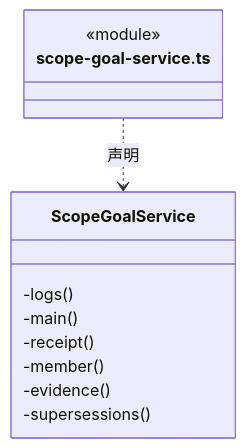
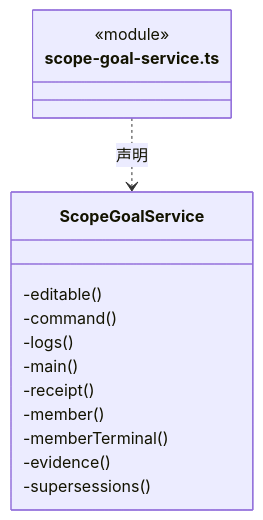
Diagram 33 of 50 in src/backend/scheduler-engine/execution/ARCHITECTURE.md (nan023062/cbim), drawn with Mermaid before and after one commit. The commit also changed other lines of this file and 53 other files, not shown here.

````diff
--- a/src/backend/scheduler-engine/execution/ARCHITECTURE.md
+++ b/src/backend/scheduler-engine/execution/ARCHITECTURE.md
@@ -844,15 +865,18 @@
 ```mermaid
 classDiagram
 class N_src_backend_scheduler_engine_execution_scope_goal_service_ts["scope-goal-service.ts"] {
   <<module>>
 }
 class N_src_backend_scheduler_engine_execution_scope_goal_service_ts_ScopeGoalService["ScopeGoalService"] {
+  -editable()
+  -command()
   -logs()
   -main()
   -receipt()
   -member()
+  -memberTerminal()
   -evidence()
   -supersessions()
 }
 N_src_backend_scheduler_engine_execution_scope_goal_service_ts ..> N_src_backend_scheduler_engine_execution_scope_goal_service_ts_ScopeGoalService : 声明
 ```
````
